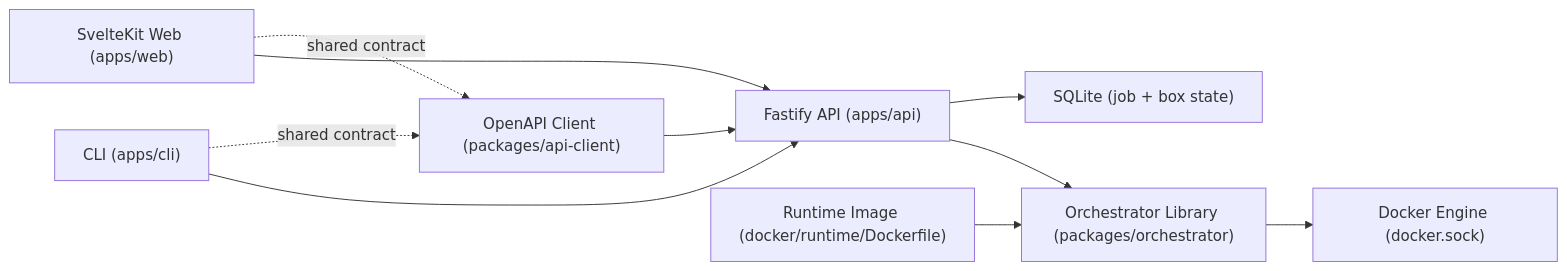
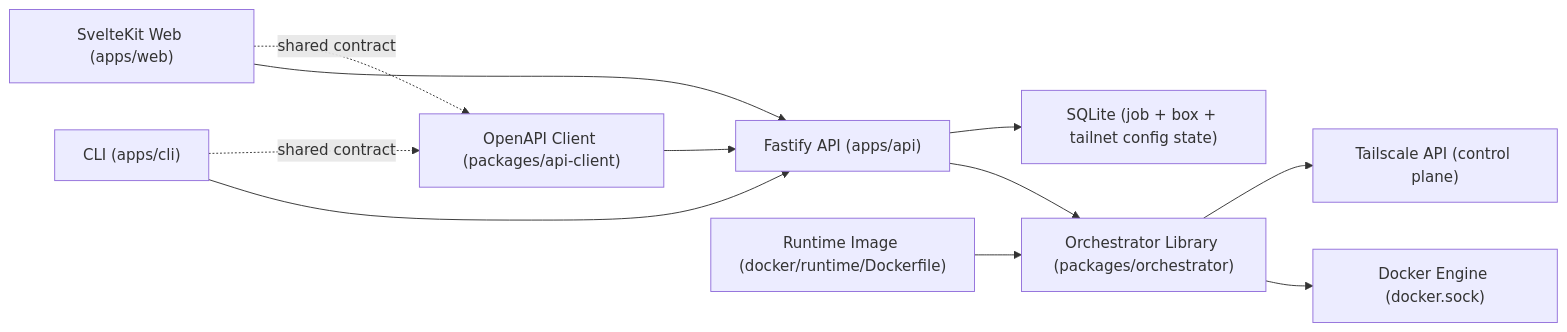
One commit to koonweee/devcontainer changed the diagram in ARCHITECTURE.md. Above: the diagram before and after it, drawn with Mermaid. The commit also changed other lines of this file and 37 other files, not shown here.

````diff
--- a/ARCHITECTURE.md
+++ b/ARCHITECTURE.md
@@ -5,12 +5,13 @@
 ```mermaid
 flowchart LR
   CLI["CLI (apps/cli)"] --> API["Fastify API (apps/api)"]
   WEB["SvelteKit Web (apps/web)"] --> API
   API --> ORCH["Orchestrator Library (packages/orchestrator)"]
   IMG["Runtime Image (docker/runtime/Dockerfile)"] --> ORCH
   ORCH --> DOCKER["Docker Engine (docker.sock)"]
-  API --> SQLITE["SQLite (job + box state)"]
+  API --> SQLITE["SQLite (job + box + tailnet config state)"]
+  ORCH --> TS["Tailscale API (control plane)"]
   WEB -. shared contract .-> CLIENT["OpenAPI Client (packages/api-client)"]
   CLI -. shared contract .-> CLIENT
   CLIENT --> API
 ```
````
